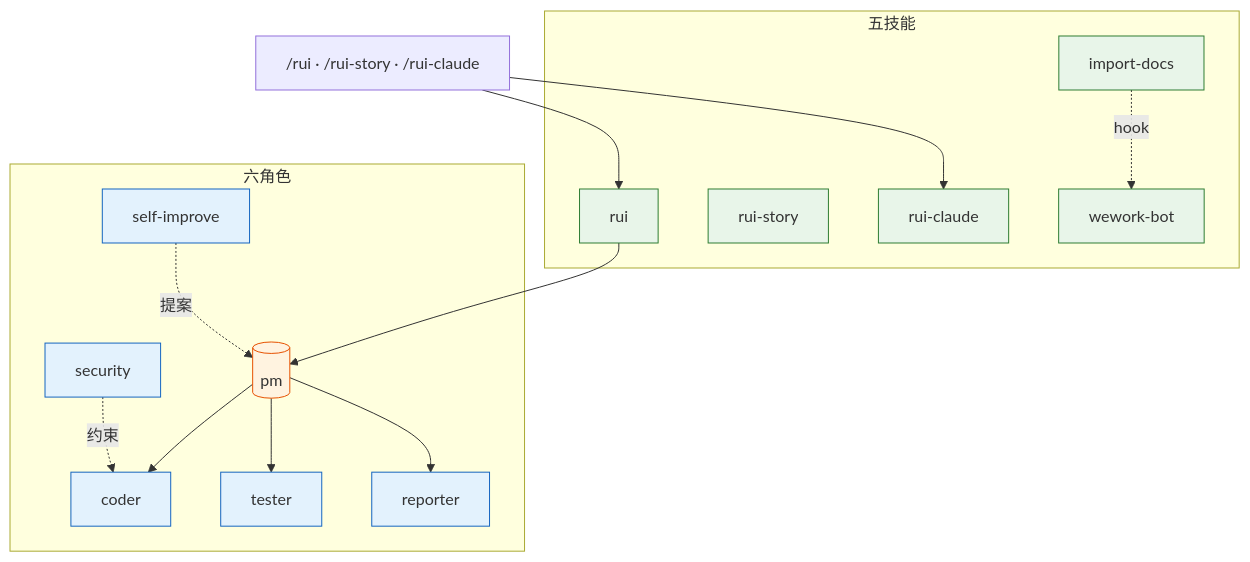
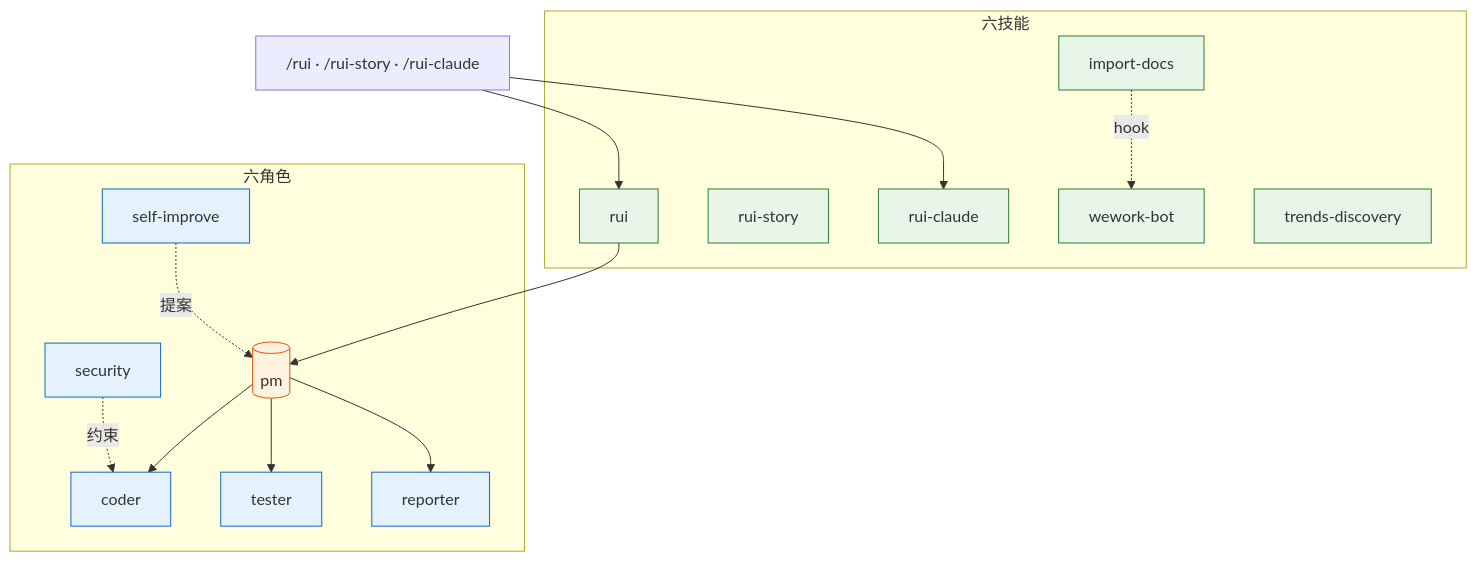
One commit to effiy/YrY changed the first of 6 diagrams in README.md. Above: the diagram before and after it, drawn with Mermaid. The commit also changed other lines of this file and 26 other files, not shown here.

````diff
--- a/README.md
+++ b/README.md
@@ -7,32 +7,33 @@
 ```mermaid
 flowchart TD
     CMD["/rui · /rui-story · /rui-claude"]
 
-    subgraph Skills[五技能]
+    subgraph Skills[六技能]
         RUI[rui]:::skill
         RS[rui-story]:::skill
         RC[rui-claude]:::skill
         ID[import-docs]:::skill
         WW[wework-bot]:::skill
+        TD[trends-discovery]:::skill
     end
 
     subgraph Agents[六角色]
         PM[("pm")]:::core
         CODER[coder]:::agent
         TESTER[tester]:::agent
         REPORTER[reporter]:::agent
         SECURITY[security]:::agent
         SI[self-improve]:::agent
     end
 
     CMD --> RUI & RC
     RUI --> PM
     PM --> CODER & TESTER & REPORTER
     SECURITY -.约束.-> CODER
     SI -.提案.-> PM
     ID -.hook.-> WW
 
     classDef core fill:#fff3e0,stroke:#e65100;
     classDef agent fill:#e3f2fd,stroke:#1565c0;
     classDef skill fill:#e8f5e9,stroke:#2e7d32;
 ```
````
